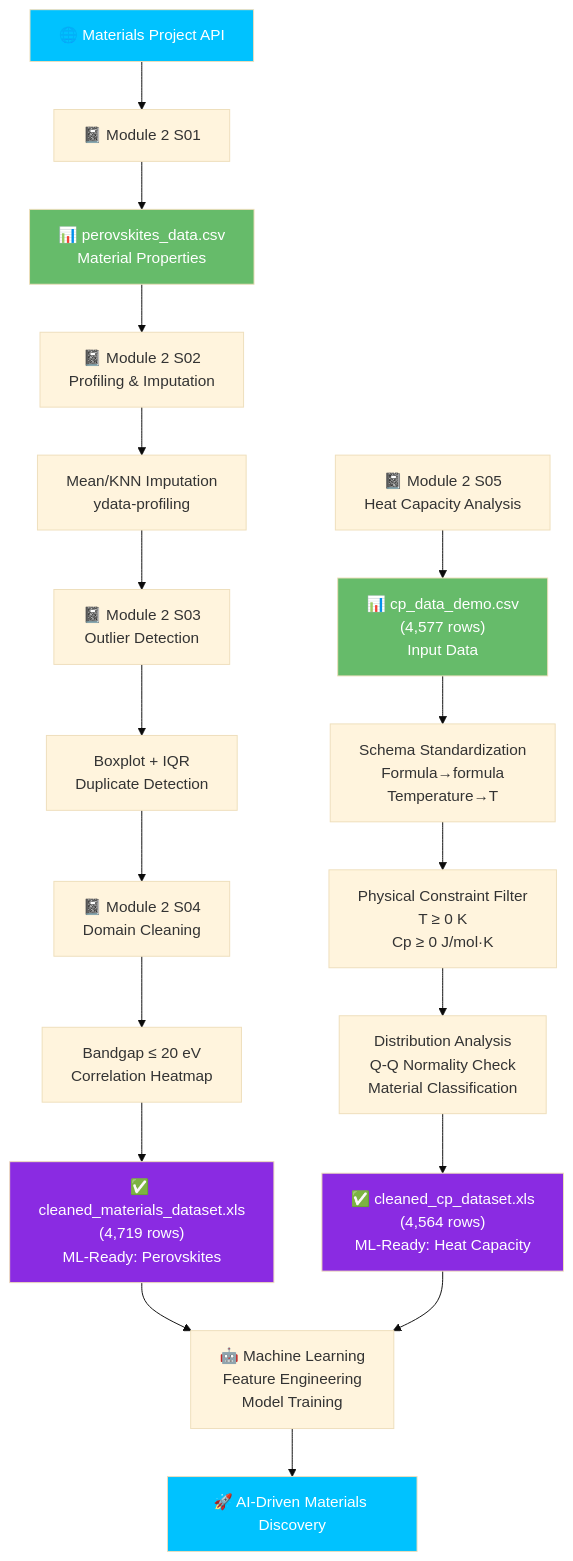
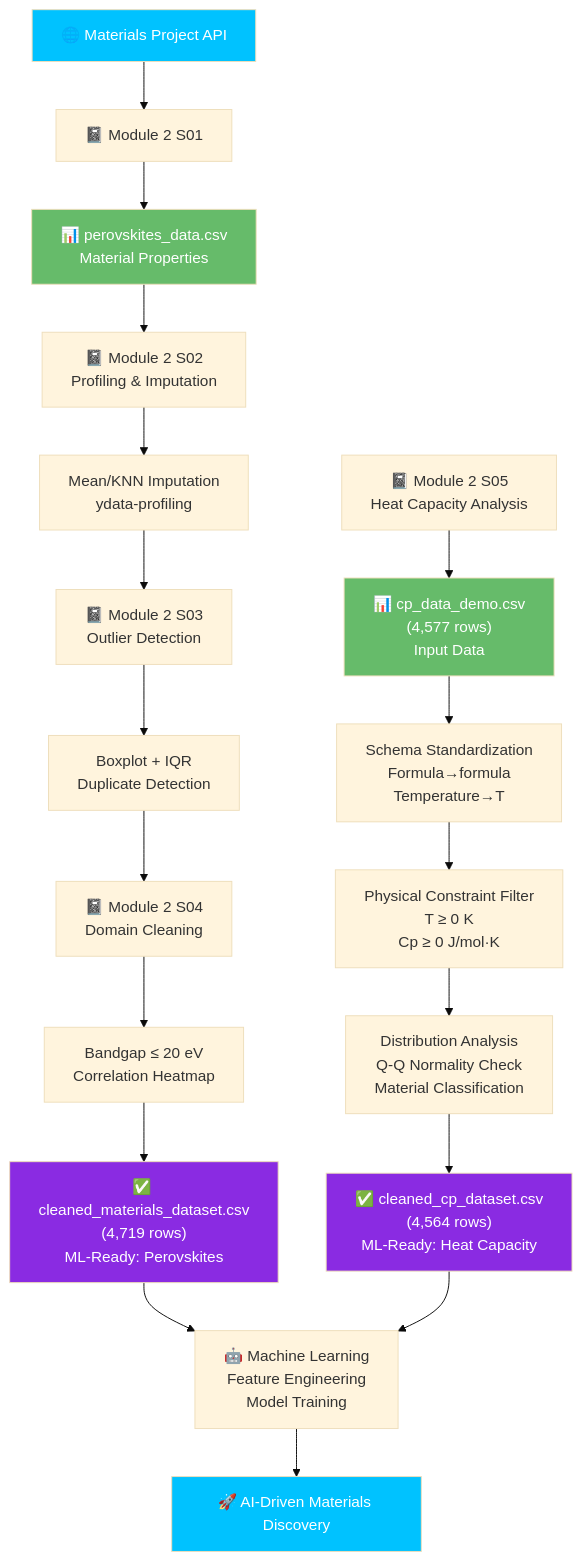
Before and after one commit to atul9155124/AI-MAT-SCI-MURARI: the first of 2 diagrams in README.md, drawn with Mermaid (base theme). The commit also changed other lines of this file, not shown here.

````diff
--- a/README.md
+++ b/README.md
@@ -465,34 +465,34 @@
 ```mermaid
 flowchart TD
     A[🌐 Materials Project API] --> B[📓 Module 2 S01]
     B --> F["📊 perovskites_data.csv<br/>Material Properties"]
     
     F --> G["📓 Module 2 S02<br/>Profiling & Imputation"]
     G --> G2["Mean/KNN Imputation<br/>ydata-profiling"]
     
     G2 --> L["📓 Module 2 S03<br/>Outlier Detection"]
     L --> L2["Boxplot + IQR<br/>Duplicate Detection"]
     
     L2 --> O["📓 Module 2 S04<br/>Domain Cleaning"]
     O --> O2["Bandgap ≤ 20 eV<br/>Correlation Heatmap"]
     
-    O2 --> CLEAN1["✅ cleaned_materials_dataset.xls<br/>(4,719 rows)<br/>ML-Ready: Perovskites"]
+    O2 --> CLEAN1["✅ cleaned_materials_dataset.csv<br/>(4,719 rows)<br/>ML-Ready: Perovskites"]
     
     R["📓 Module 2 S05<br/>Heat Capacity Analysis"] --> S["📊 cp_data_demo.csv<br/>(4,577 rows)<br/>Input Data"]
     
     S --> T["Schema Standardization<br/>Formula→formula<br/>Temperature→T"]
     T --> U["Physical Constraint Filter<br/>T ≥ 0 K<br/>Cp ≥ 0 J/mol·K"]
     U --> V["Distribution Analysis<br/>Q-Q Normality Check<br/>Material Classification"]
-    V --> CLEAN2["✅ cleaned_cp_dataset.xls<br/>(4,564 rows)<br/>ML-Ready: Heat Capacity"]
+    V --> CLEAN2["✅ cleaned_cp_dataset.csv<br/>(4,564 rows)<br/>ML-Ready: Heat Capacity"]
     
     CLEAN1 --> ML["🤖 Machine Learning<br/>Feature Engineering<br/>Model Training"]
     CLEAN2 --> ML
     ML --> FINAL["🚀 AI-Driven Materials Discovery"]
 
     style A fill:#00C2FF,color:#fff
     style CLEAN1 fill:#8A2BE2,color:#fff
     style CLEAN2 fill:#8A2BE2,color:#fff
     style FINAL fill:#00C2FF,color:#fff
     style F fill:#66BB6A,color:#fff
     style S fill:#66BB6A,color:#fff
 ```
````
